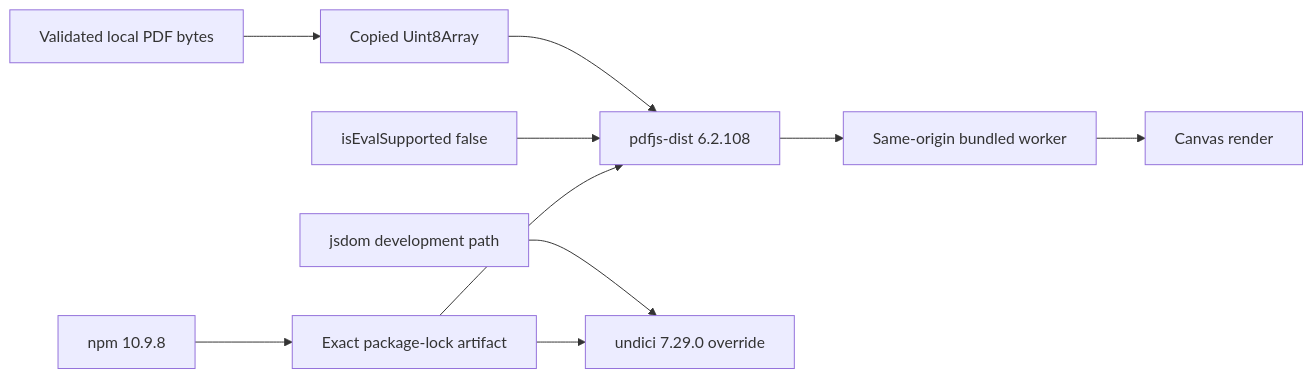
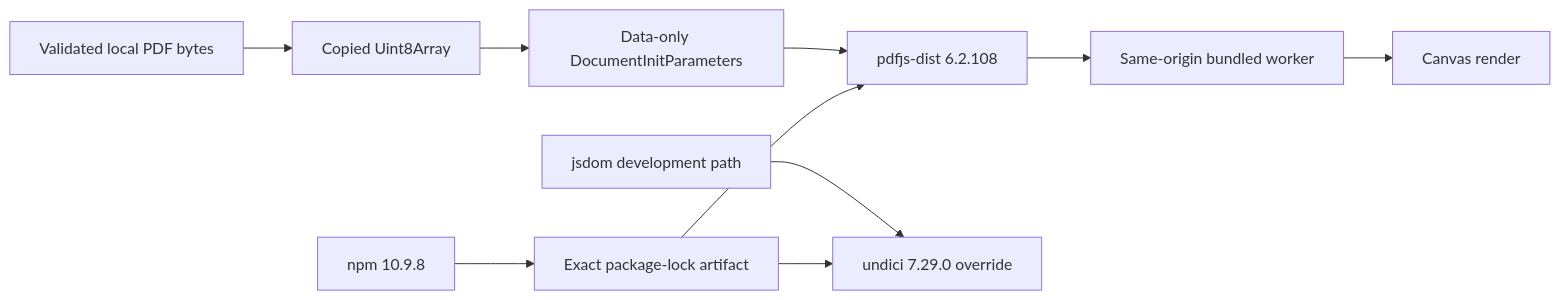
Before and after one commit to ContextualWisdomLab/bandscope: the diagram in docs/doctoring/high-security-pdf-http-baseline.md, drawn with Mermaid. The commit also changed other lines of this file, not shown here.

Commit message:
docs(security): record the supported PDF.js 6.2.108 boundary

````diff
--- a/docs/doctoring/high-security-pdf-http-baseline.md
+++ b/docs/doctoring/high-security-pdf-http-baseline.md
@@ -13,12 +13,12 @@
 ```mermaid
 flowchart LR
     A[Validated local PDF bytes] --> B[Copied Uint8Array]
-    B --> C[pdfjs-dist 6.2.108]
-    P[isEvalSupported false] --> C
+    B --> D[Data-only DocumentInitParameters]
+    D --> C[pdfjs-dist 6.2.108]
     C --> W[Same-origin bundled worker]
     W --> R[Canvas render]
     J[jsdom development path] --> U[undici 7.29.0 override]
     N[npm 10.9.8] --> L[Exact package-lock artifact]
     L --> C
     L --> U
 ```
````
